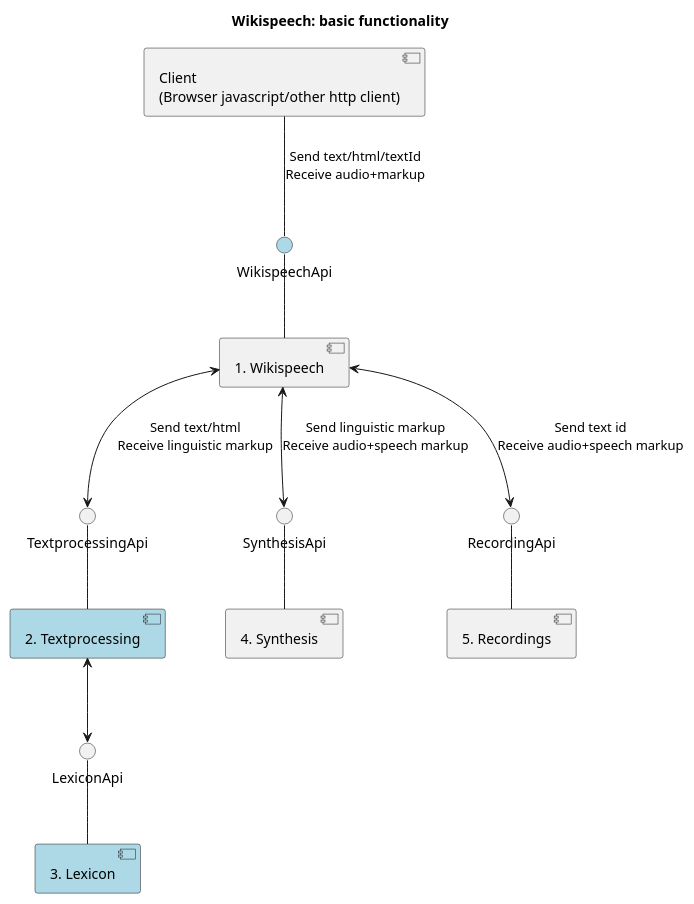
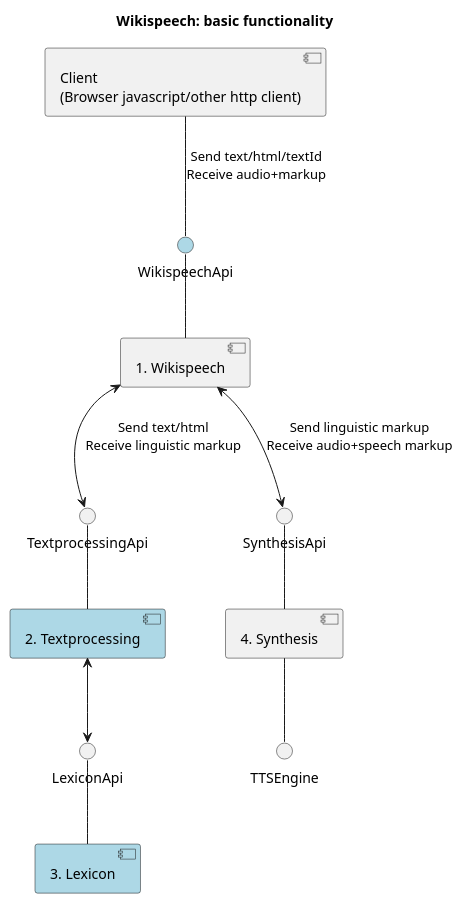
Before and after one commit to stts-se/wikispeech-server: the diagram in docs/uml/basic.puml, drawn with PlantUML. The commit also changed 8 other files, not shown here.

```diff
--- a/docs/uml/basic.puml
+++ b/docs/uml/basic.puml
@@ -1,59 +1,61 @@
 @startuml
 
 title
 Wikispeech: basic functionality
 end title
 
 component "Client\n(Browser javascript/other http client)" as Client
 
 component "1. Wikispeech" as Wikispeech
 'component "2. NLP" as NLP
 component "2. Textprocessing" as Textprocessing #lightblue
 url of Textprocessing is [[textprocessing2.svg]]
 
 component "3. Lexicon" as Lexicon #lightblue
 url of Lexicon is [[Lexicon.svg]]
 
 component "4. Synthesis" as Synthesis
-component "5. Recordings" as Recordings
+'component "5. Recordings" as Recordings
 
 
 interface WikispeechApi #lightblue
 url of WikispeechApi is [[WikispeechApi.svg]]
 'note left: Extended functionality: [[extended.svg]]
 'note left: Client sends text/html/markup
 
 'interface NlpApi
 interface TextprocessingApi
 interface LexiconApi
 interface SynthesisApi
-interface RecordingApi
+'interface RecordingApi
 'database Recordings
 
 Client -- WikispeechApi : "Send text/html/textId\nReceive audio+markup"
 'note right: Client receives markup
 
 WikispeechApi -- Wikispeech
 
 'Wikispeech <--> NlpApi : "Send text/html\nReceive linguistic markup"
 'NlpApi -- NLP
 
 Wikispeech <--> TextprocessingApi : "Send text/html\nReceive linguistic markup"
 
 
 
 Wikispeech <--> SynthesisApi : "Send linguistic markup\nReceive audio+speech markup"
 SynthesisApi -- Synthesis
 
-Wikispeech <--> RecordingApi : "Send text id\nReceive audio+speech markup"
-RecordingApi -- Recordings
+Synthesis -- TTSEngine
+
+'Wikispeech <--> RecordingApi : "Send text id\nReceive audio+speech markup"
+'RecordingApi -- Recordings
 
 'NLP <--> TextprocessingApi
 'NLP <--> LexiconApi
 
 TextprocessingApi -- Textprocessing
 Textprocessing <--> LexiconApi
 LexiconApi -- Lexicon
 
 
 @enduml
```
